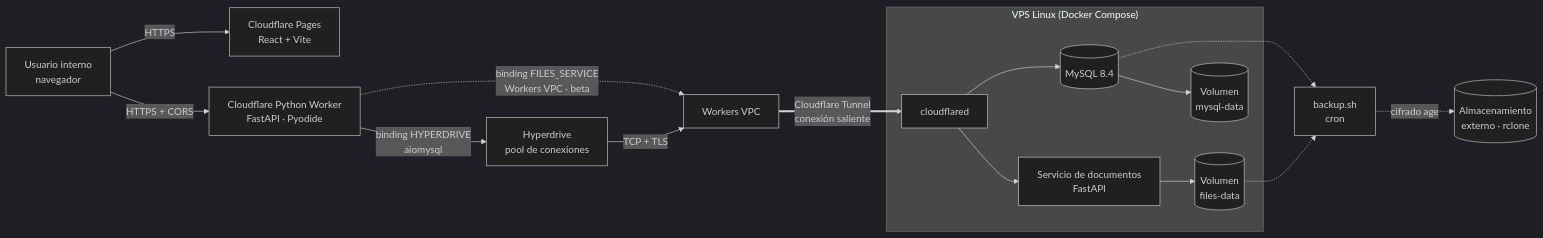
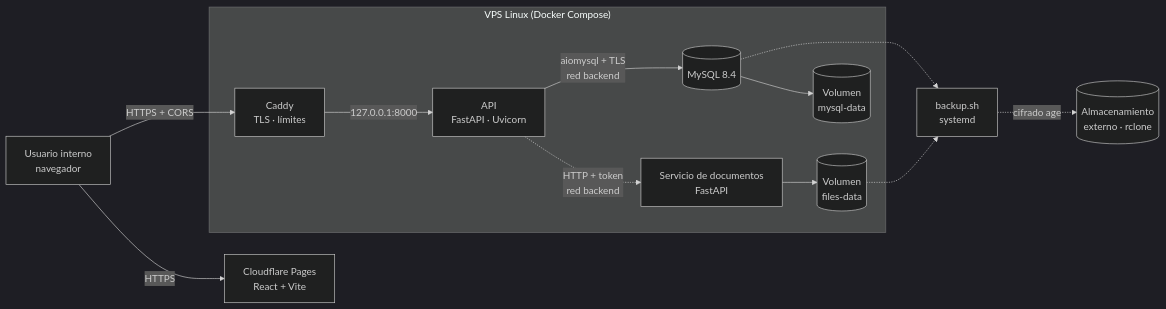
Before and after one commit to andrespick/ProyectoDeGradoAphia: the diagram in docs/arquitectura/README.md, drawn with Mermaid (dark theme). The commit also changed other lines of this file and 79 other files, not shown here.

First line of the commit message:
Retira Cloudflare Workers de la API: solo Uvicorn, como en producción

````diff
--- a/docs/arquitectura/README.md
+++ b/docs/arquitectura/README.md
@@ -16,20 +16,17 @@
 ```mermaid
 flowchart LR
     U[Usuario interno<br/>navegador] -->|HTTPS| P[Cloudflare Pages<br/>React + Vite]
-    U -->|HTTPS + CORS| W[Cloudflare Python Worker<br/>FastAPI · Pyodide]
-    W -->|binding HYPERDRIVE<br/>aiomysql| H[Hyperdrive<br/>pool de conexiones]
-    W -.->|binding FILES_SERVICE<br/>Workers VPC · beta| V[Workers VPC]
-    H -->|TCP + TLS| V
-    V ==>|Cloudflare Tunnel<br/>conexión saliente| C
+    U -->|HTTPS + CORS| C
 
     subgraph VPS["VPS Linux (Docker Compose)"]
-        C[cloudflared] --> M[(MySQL 8.4)]
-        C --> F[Servicio de documentos<br/>FastAPI]
+        C[Caddy<br/>TLS · límites] -->|127.0.0.1:8000| A[API<br/>FastAPI · Uvicorn]
+        A -->|aiomysql + TLS<br/>red backend| M[(MySQL 8.4)]
+        A -.->|HTTP + token<br/>red backend| F[Servicio de documentos<br/>FastAPI]
         F --> D[(Volumen<br/>files-data)]
         M --> MD[(Volumen<br/>mysql-data)]
     end
 
-    B[backup.sh<br/>cron] -.->|cifrado age| X[(Almacenamiento<br/>externo · rclone)]
+    B[backup.sh<br/>systemd] -.->|cifrado age| X[(Almacenamiento<br/>externo · rclone)]
     M -.-> B
     D -.-> B
 ```
````
